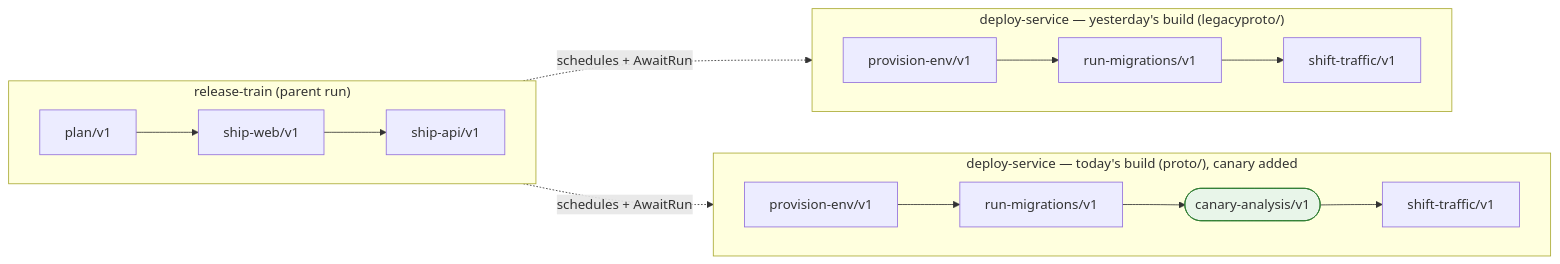
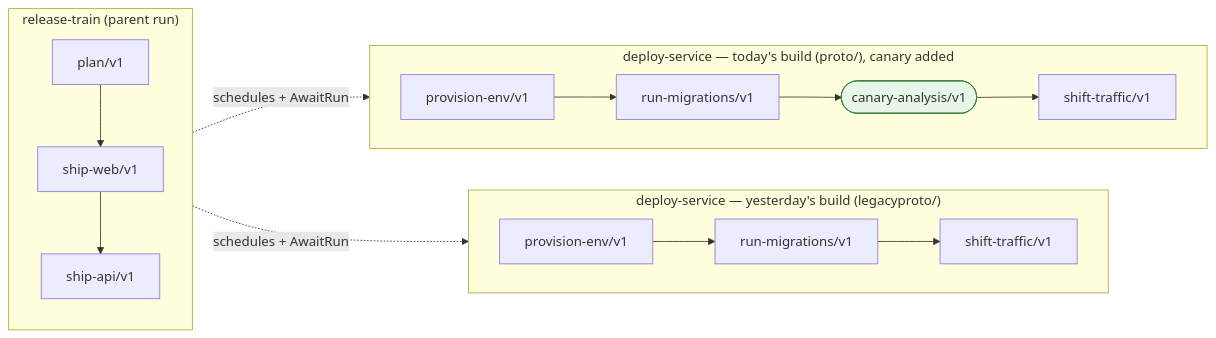
The first of 2 diagrams in examples/release-train/README.md (dangra/durable), drawn with Mermaid before and after one commit.

Commit message:
README: lay the train vertically, child deploys horizontally
The parent's steps descend top-to-bottom while each ship step points
sideways at the deploy pipeline it spawns, so composition reads as
parent-flows-down, children-fan-out. Edges now target the child's first
step, anchoring each deploy row beside its ship step.

````diff
--- a/examples/release-train/README.md
+++ b/examples/release-train/README.md
@@ -21,22 +21,22 @@
 ```mermaid
 flowchart LR
     subgraph train["release-train (parent run)"]
-        direction LR
+        direction TB
         P[plan/v1] --> SW[ship-web/v1] --> SA[ship-api/v1]
     end
 
     subgraph deployV1["deploy-service — yesterday's build (legacyproto/)"]
         direction LR
         A1[provision-env/v1] --> B1[run-migrations/v1] --> D1[shift-traffic/v1]
     end
 
     subgraph deployV2["deploy-service — today's build (proto/), canary added"]
         direction LR
         A2[provision-env/v1] --> B2[run-migrations/v1] --> C2([canary-analysis/v1]) --> D2[shift-traffic/v1]
     end
 
-    SW -. "schedules + AwaitRun" .-> deployV1
-    SA -. "schedules + AwaitRun" .-> deployV2
+    SW -. "schedules + AwaitRun" .-> A1
+    SA -. "schedules + AwaitRun" .-> A2
 
     style C2 fill:#e8f5e9,stroke:#2e7d32
 ```
````
